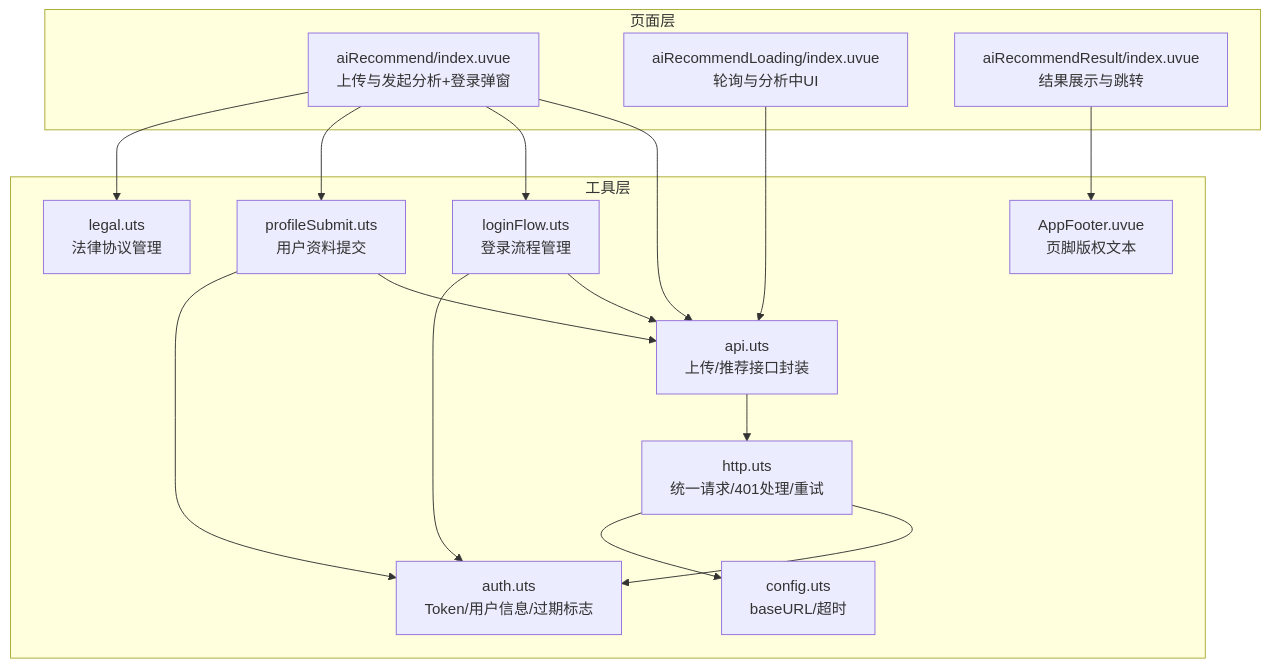
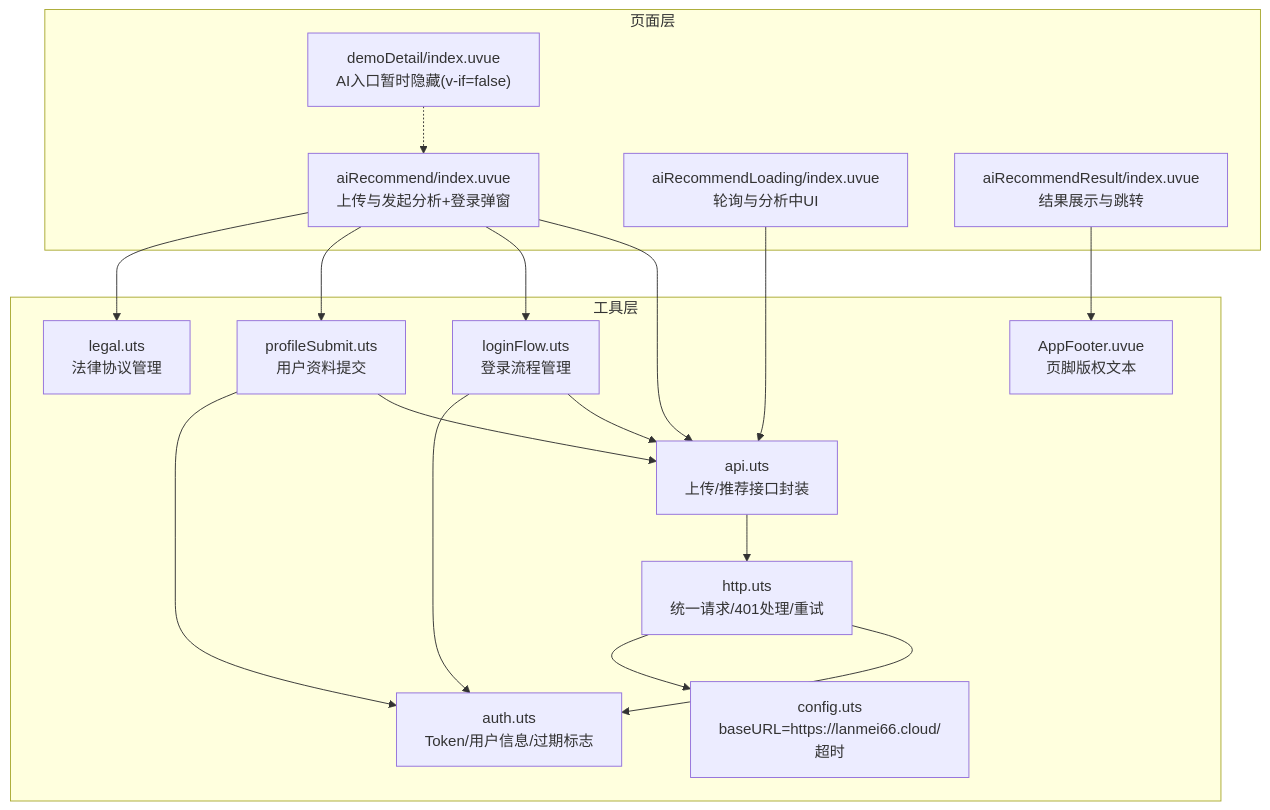
Before and after one commit to crazyma99/blueberry: the first of 3 diagrams in .qoder/repowiki/zh/content/核心功能模块/AI服装推荐功能.md, drawn with Mermaid. The commit also changed other lines of this file and 2 other files, not shown here.

First line of the commit message:
feat(config): 更新HTTP请求基础URL至新环境并隐藏AI推荐入口

````diff
--- a/.qoder/repowiki/zh/content/核心功能模块/AI服装推荐功能.md
+++ b/.qoder/repowiki/zh/content/核心功能模块/AI服装推荐功能.md
@@ -47,31 +46,33 @@
 ```mermaid
 graph TB
 subgraph "页面层"
 A["aiRecommend/index.uvue<br/>上传与发起分析+登录弹窗"]
 B["aiRecommendLoading/index.uvue<br/>轮询与分析中UI"]
 C["aiRecommendResult/index.uvue<br/>结果展示与跳转"]
+D["demoDetail/index.uvue<br/>AI入口暂时隐藏(v-if=false)"]
 end
 subgraph "工具层"
-D["api.uts<br/>上传/推荐接口封装"]
-E["http.uts<br/>统一请求/401处理/重试"]
-F["auth.uts<br/>Token/用户信息/过期标志"]
-G["config.uts<br/>baseURL/超时"]
-H["loginFlow.uts<br/>登录流程管理"]
-I["profileSubmit.uts<br/>用户资料提交"]
-J["legal.uts<br/>法律协议管理"]
-K["AppFooter.uvue<br/>页脚版权文本"]
+E["api.uts<br/>上传/推荐接口封装"]
+F["http.uts<br/>统一请求/401处理/重试"]
+G["auth.uts<br/>Token/用户信息/过期标志"]
+H["config.uts<br/>baseURL=https://lanmei66.cloud/超时"]
+I["loginFlow.uts<br/>登录流程管理"]
+J["profileSubmit.uts<br/>用户资料提交"]
+K["legal.uts<br/>法律协议管理"]
+L["AppFooter.uvue<br/>页脚版权文本"]
 end
-A --> D
-A --> H
+A --> E
 A --> I
 A --> J
-B --> D
-C --> K
-D --> E
+A --> K
+B --> E
+C --> L
 E --> F
-E --> G
-H --> D
-H --> F
-I --> D
-I --> F
+F --> G
+F --> H
+I --> E
+I --> G
+J --> E
+J --> G
+D -.-> A
 ```
````
